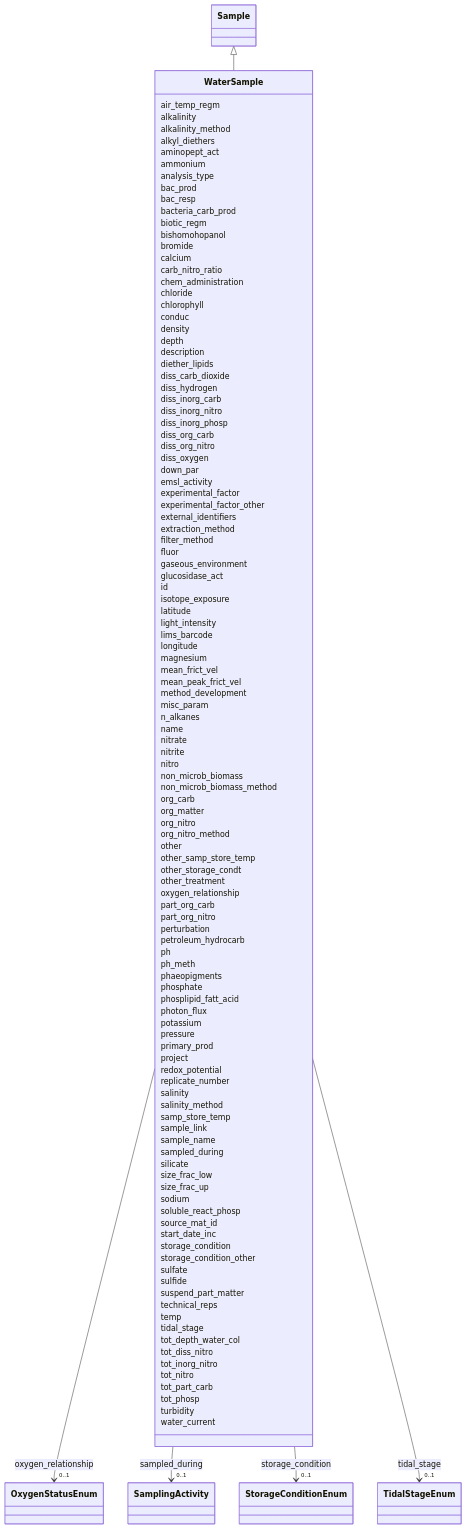
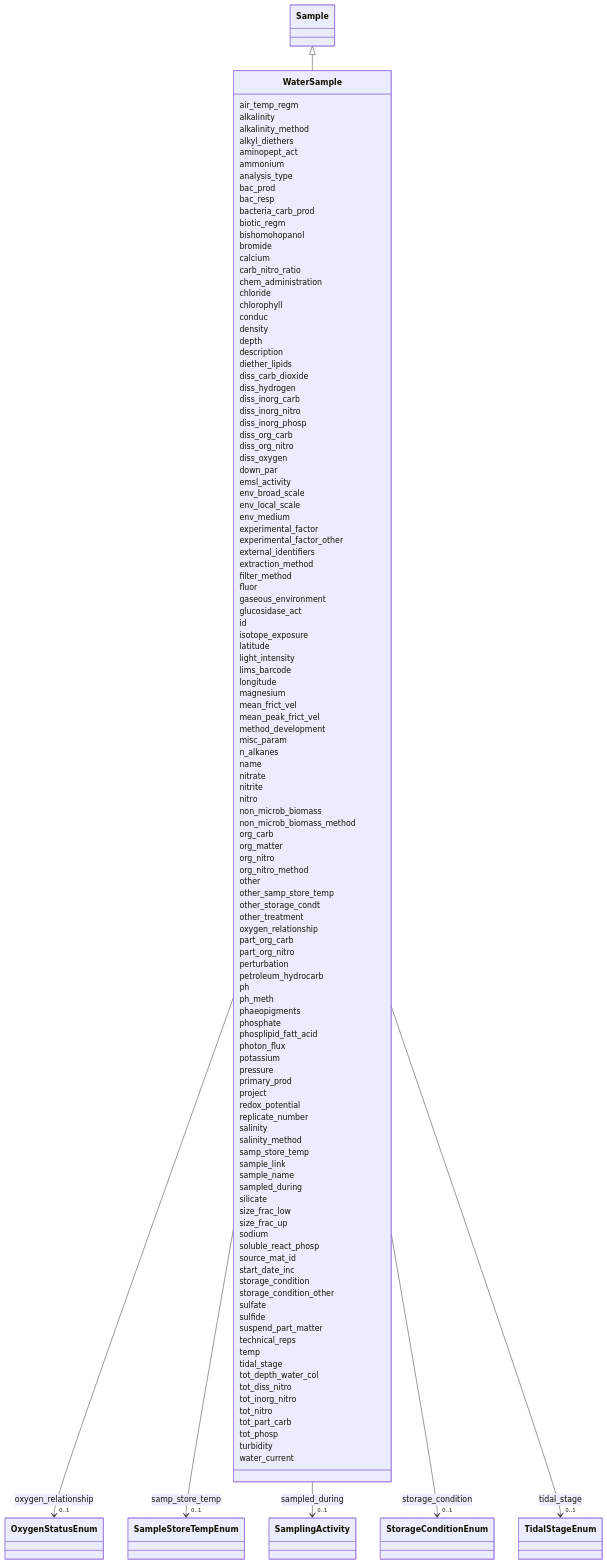
Before and after one commit to EMSL-Computing/BASALT-Schema: the diagram in docs/elements/WaterSample.md, drawn with Mermaid. The commit also changed other lines of this file and 388 other files, not shown here.

```diff
--- a/docs/elements/WaterSample.md
+++ b/docs/elements/WaterSample.md
@@ -88,6 +88,12 @@
       WaterSample : down_par
         
       WaterSample : emsl_activity
+        
+      WaterSample : env_broad_scale
+        
+      WaterSample : env_local_scale
+        
+      WaterSample : env_medium
         
       WaterSample : experimental_factor
         
@@ -215,6 +221,11 @@
           
     
     
+    
+    
+    WaterSample --> "0..1" SampleStoreTempEnum : samp_store_temp
+    click SampleStoreTempEnum href "../SampleStoreTempEnum"
+    
 
         
       WaterSample : sample_link
```
